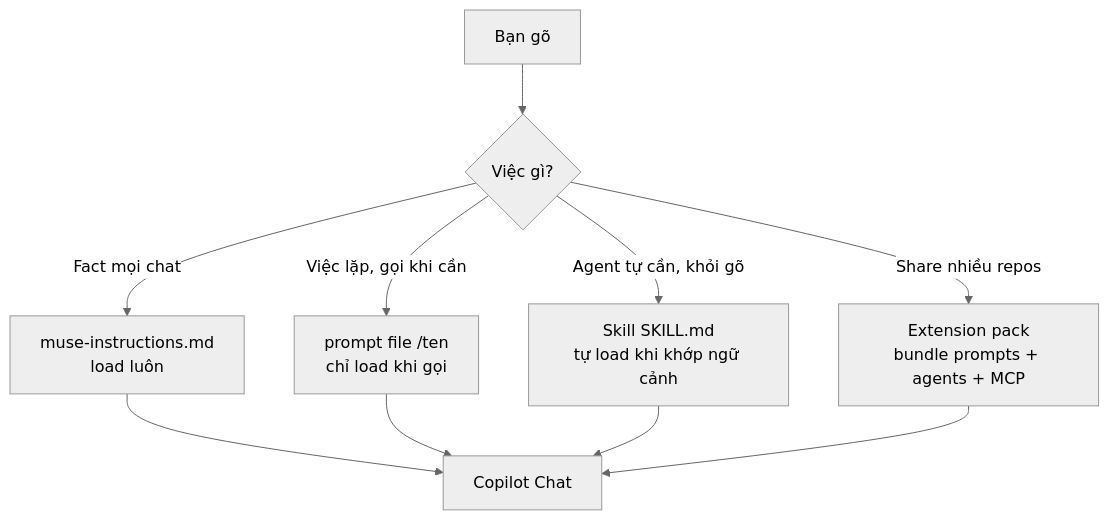
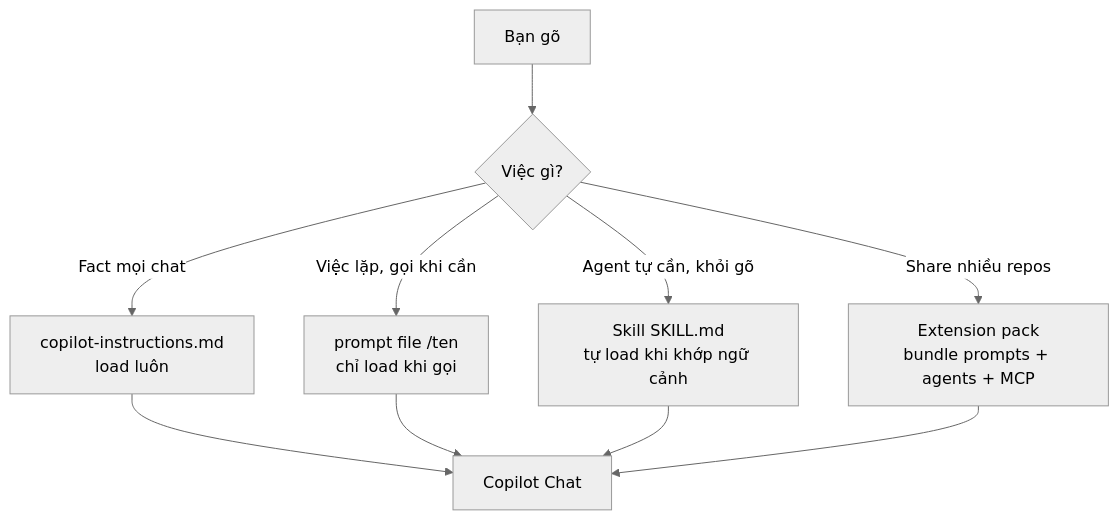
One commit to nbhson/tutorial-github-copilot changed the first of 2 diagrams in 01-huong-dan-su-dung/05-prompt-files-custom-instructions.md. Above: the diagram before and after it, drawn with Mermaid (neutral theme). The commit also changed other lines of this file and 73 other files, not shown here.

````diff
--- a/01-huong-dan-su-dung/05-prompt-files-custom-instructions.md
+++ b/01-huong-dan-su-dung/05-prompt-files-custom-instructions.md
@@ -88,12 +103,12 @@
 ```mermaid
 flowchart TB
   U[Bạn gõ] --> Q{Việc gì?}
-  Q -->|Fact mọi chat| I[muse-instructions.md<br/>load luôn]
+  Q -->|Fact mọi chat| I[copilot-instructions.md<br/>load luôn]
   Q -->|Việc lặp, gọi khi cần| P[prompt file /ten<br/>chỉ load khi gọi]
   Q -->|Agent tự cần, khỏi gõ| S[Skill SKILL.md<br/>tự load khi khớp ngữ cảnh]
   Q -->|Share nhiều repos| E[Extension pack<br/>bundle prompts + agents + MCP]
   I --> Chat[Copilot Chat]
   P --> Chat
   S --> Chat
   E --> Chat
 ```
````
